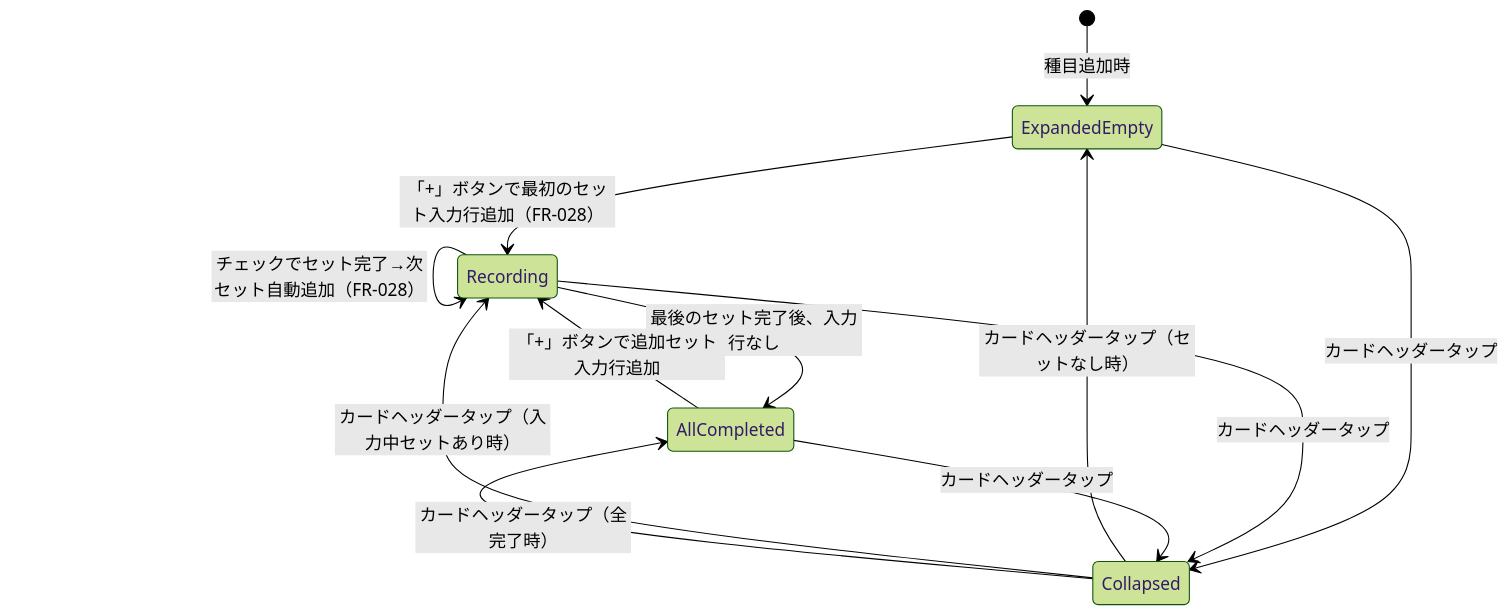
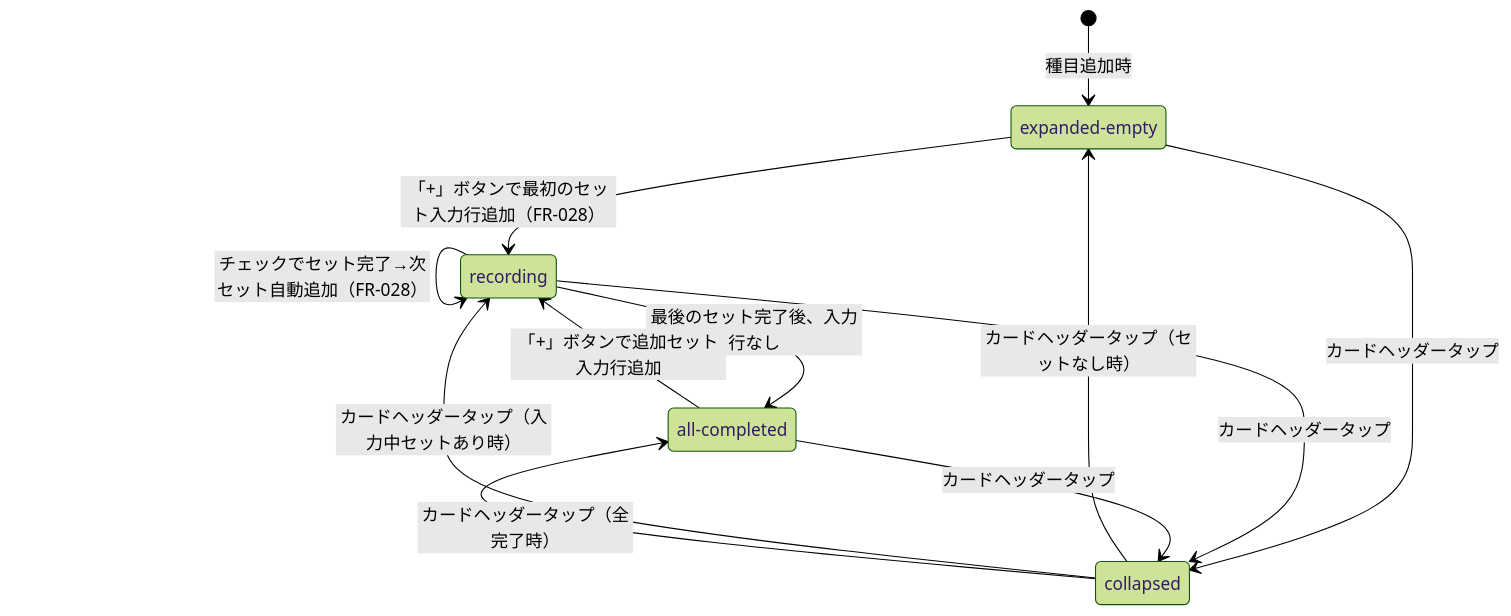
One commit to SakumaTakuya/gymini changed the second of 4 diagrams in .sdd/specification/workout/index_spec.md. Above: the diagram before and after it, drawn with Mermaid (forest theme). The commit also changed other lines of this file and 1 other file, not shown here.

````diff
--- a/.sdd/specification/workout/index_spec.md
+++ b/.sdd/specification/workout/index_spec.md
@@ -218,14 +218,19 @@
 ```mermaid
 stateDiagram-v2
+    state "expanded-empty" as ExpandedEmpty
+    state "recording" as Recording
+    state "all-completed" as AllCompleted
+    state "collapsed" as Collapsed
+
     [*] --> ExpandedEmpty: 種目追加時
     ExpandedEmpty --> Recording: 「+」ボタンで最初のセット入力行追加（FR-028）
     Recording --> Recording: チェックでセット完了→次セット自動追加（FR-028）
     Recording --> AllCompleted: 最後のセット完了後、入力行なし
     AllCompleted --> Recording: 「+」ボタンで追加セット入力行追加
     ExpandedEmpty --> Collapsed: カードヘッダータップ
     Recording --> Collapsed: カードヘッダータップ
     AllCompleted --> Collapsed: カードヘッダータップ
     Collapsed --> ExpandedEmpty: カードヘッダータップ（セットなし時）
     Collapsed --> Recording: カードヘッダータップ（入力中セットあり時）
     Collapsed --> AllCompleted: カードヘッダータップ（全完了時）
 ```
````
